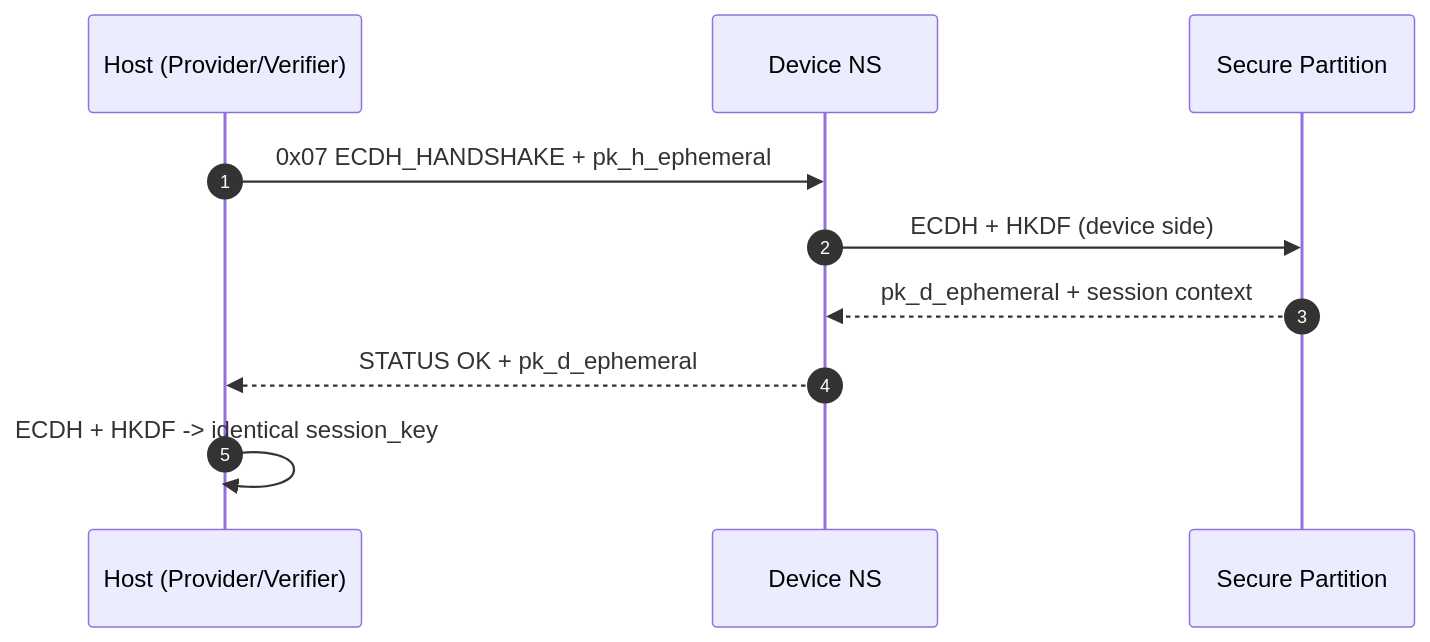
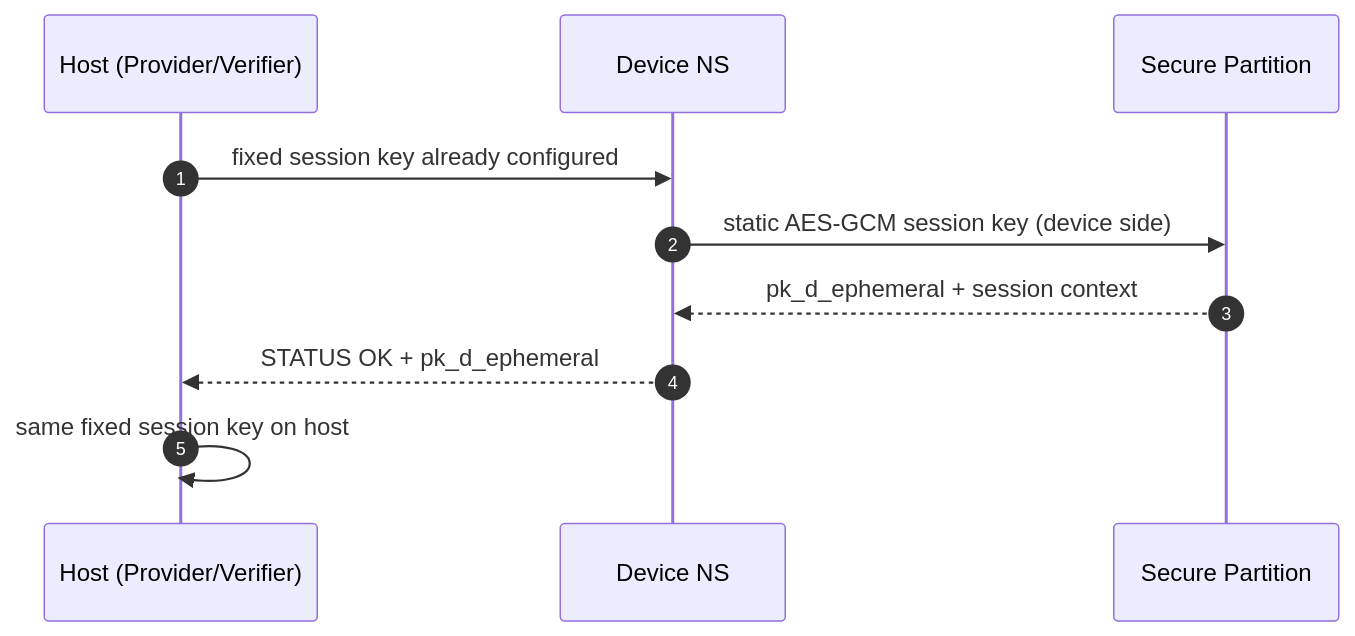
Before and after one commit to kiri-style/VeCoDI: the second of 9 diagrams in md/ARCHITECTURE_GLOBALE_DESSINS.md, drawn with Mermaid. The commit also changed other lines of this file and 16 other files, not shown here.

Commit message:
Remove ECDH handshake flow

````diff
--- a/md/ARCHITECTURE_GLOBALE_DESSINS.md
+++ b/md/ARCHITECTURE_GLOBALE_DESSINS.md
@@ -39,13 +39,13 @@
 ```mermaid
 sequenceDiagram
     autonumber
     participant H as Host (Provider/Verifier)
     participant N as Device NS
     participant S as Secure Partition
 
-    H->>N: 0x07 ECDH_HANDSHAKE + pk_h_ephemeral
-    N->>S: ECDH + HKDF (device side)
+    H->>N: fixed session key already configured
+    N->>S: static AES-GCM session key (device side)
     S-->>N: pk_d_ephemeral + session context
     N-->>H: STATUS OK + pk_d_ephemeral
-    H->>H: ECDH + HKDF -> identical session_key
+    H->>H: same fixed session key on host
 ```
````
